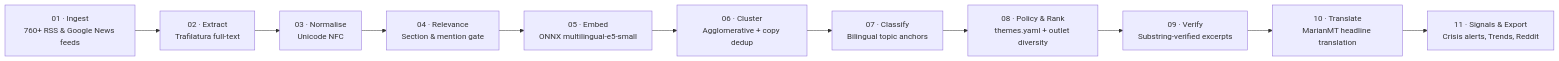
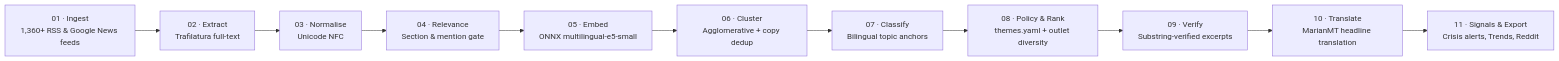
The diagram in README.md (gergkar-gif/argos-monitor), drawn with Mermaid before and after one commit. The commit also changed 39 other files, not shown here.

Commit message:
feat(sources): standardize native-language Google News aggregators across all 36 non-English desks

````diff
--- a/README.md
+++ b/README.md
@@ -39,13 +39,13 @@
 ```mermaid
 flowchart LR
-    A["01 · Ingest<br/>760+ RSS & Google News feeds"] --> B["02 · Extract<br/>Trafilatura full-text"]
+    A["01 · Ingest<br/>1,360+ RSS & Google News feeds"] --> B["02 · Extract<br/>Trafilatura full-text"]
     B --> C["03 · Normalise<br/>Unicode NFC"]
     C --> D["04 · Relevance<br/>Section & mention gate"]
     D --> E["05 · Embed<br/>ONNX multilingual-e5-small"]
     E --> F["06 · Cluster<br/>Agglomerative + copy dedup"]
     F --> G["07 · Classify<br/>Bilingual topic anchors"]
     G --> H["08 · Policy & Rank<br/>themes.yaml + outlet diversity"]
     H --> I["09 · Verify<br/>Substring-verified excerpts"]
     I --> J["10 · Translate<br/>MarianMT headline translation"]
     J --> K["11 · Signals & Export<br/>Crisis alerts, Trends, Reddit"]
 ```
````
